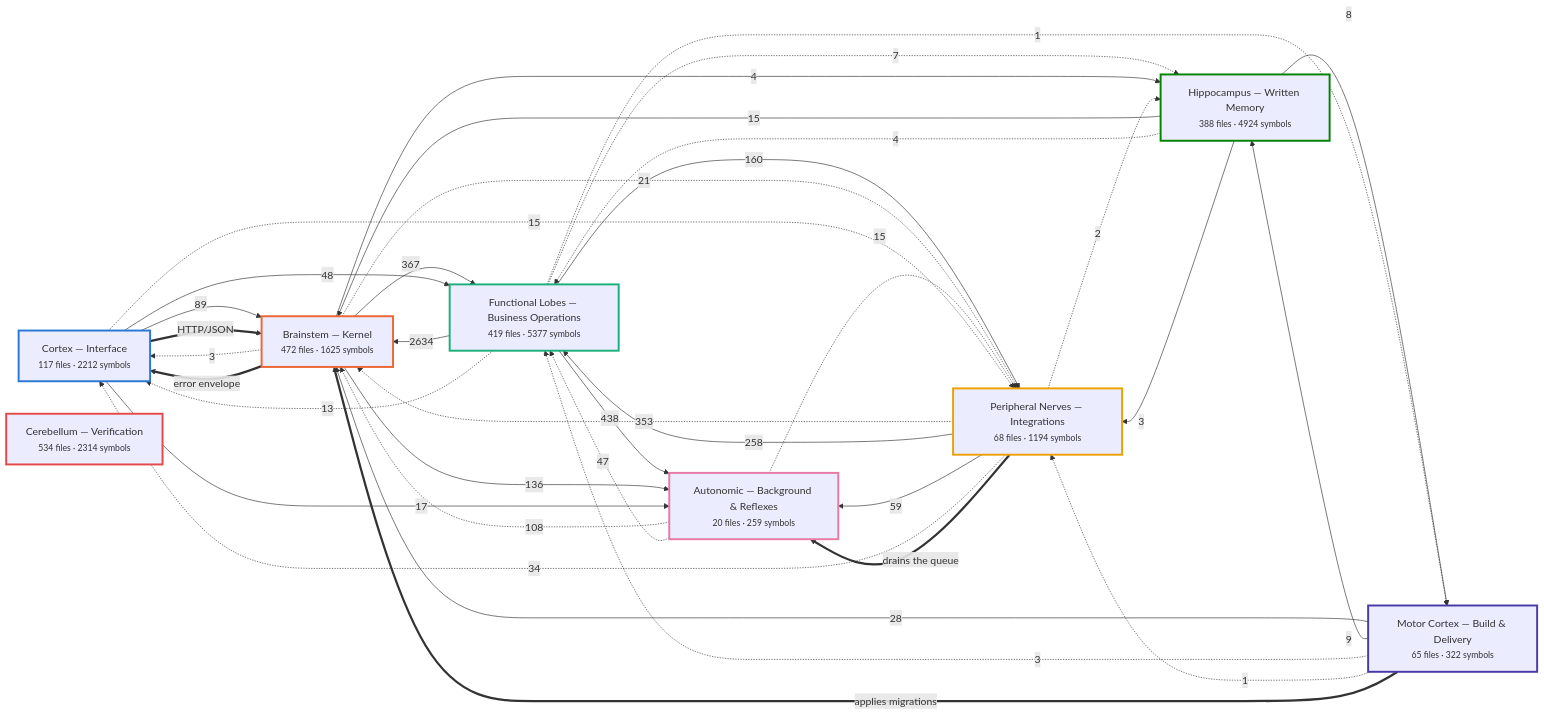
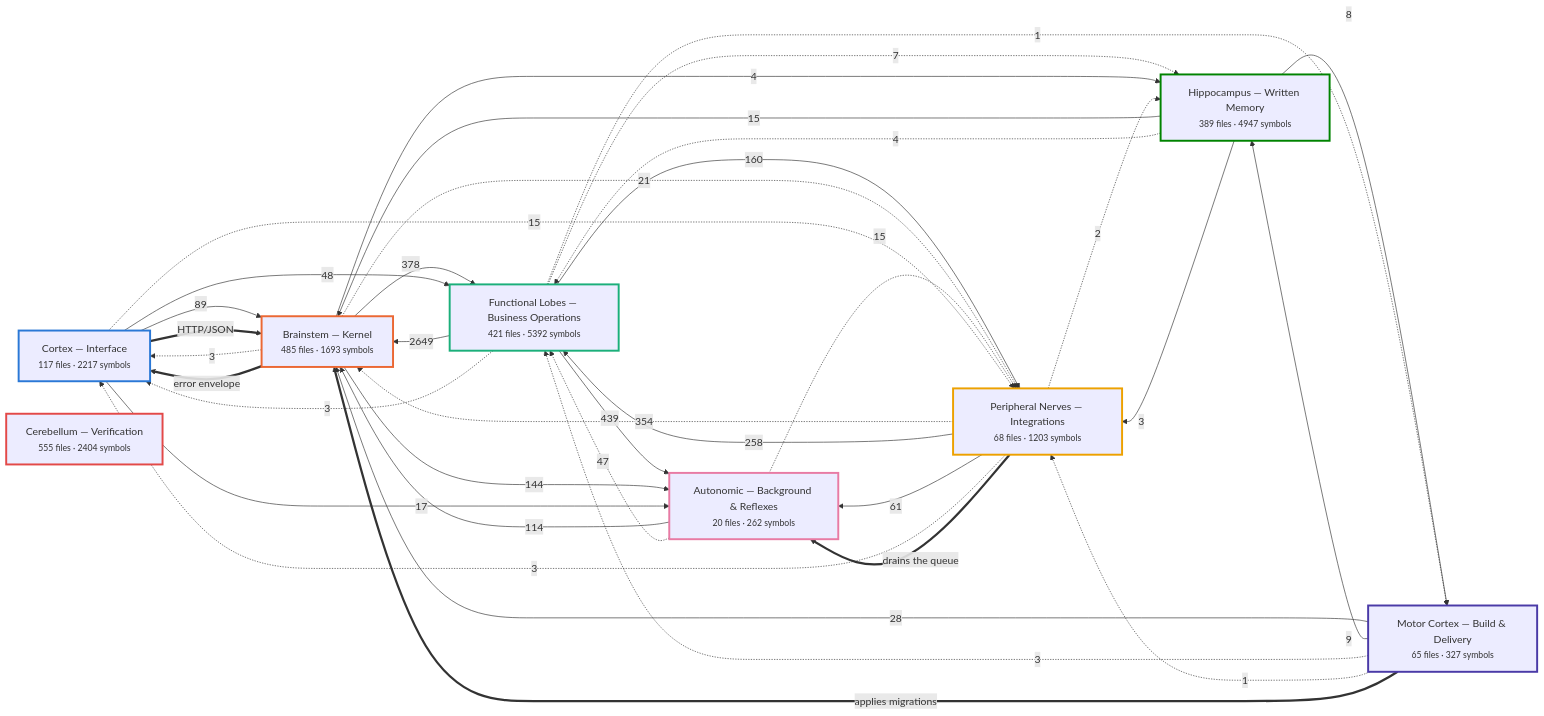
The first of 7 diagrams in docs/brain/BRAIN.md (Vishalnayak226/custom_erp), drawn with Mermaid before and after one commit. The commit also changed other lines of this file and 221 other files, not shown here.

````diff
--- a/docs/brain/BRAIN.md
+++ b/docs/brain/BRAIN.md
@@ -35,62 +35,62 @@
 ```mermaid
 flowchart LR
-  n_cortex["Cortex — Interface<br/><small>117 files · 2212 symbols</small>"]
-  n_brainstem["Brainstem — Kernel<br/><small>472 files · 1625 symbols</small>"]
-  n_business["Functional Lobes — Business Operations<br/><small>419 files · 5377 symbols</small>"]
-  n_peripheral["Peripheral Nerves — Integrations<br/><small>68 files · 1194 symbols</small>"]
-  n_autonomic["Autonomic — Background & Reflexes<br/><small>20 files · 259 symbols</small>"]
-  n_memory["Hippocampus — Written Memory<br/><small>388 files · 4924 symbols</small>"]
-  n_motor["Motor Cortex — Build & Delivery<br/><small>65 files · 322 symbols</small>"]
-  n_verification["Cerebellum — Verification<br/><small>534 files · 2314 symbols</small>"]
-  n_business -->|2634| n_brainstem
-  n_business -->|438| n_autonomic
-  n_brainstem -->|367| n_business
-  n_peripheral -.->|353| n_brainstem
+  n_cortex["Cortex — Interface<br/><small>117 files · 2217 symbols</small>"]
+  n_brainstem["Brainstem — Kernel<br/><small>485 files · 1693 symbols</small>"]
+  n_business["Functional Lobes — Business Operations<br/><small>421 files · 5392 symbols</small>"]
+  n_peripheral["Peripheral Nerves — Integrations<br/><small>68 files · 1203 symbols</small>"]
+  n_autonomic["Autonomic — Background & Reflexes<br/><small>20 files · 262 symbols</small>"]
+  n_memory["Hippocampus — Written Memory<br/><small>389 files · 4947 symbols</small>"]
+  n_motor["Motor Cortex — Build & Delivery<br/><small>65 files · 327 symbols</small>"]
+  n_verification["Cerebellum — Verification<br/><small>555 files · 2404 symbols</small>"]
+  n_business -->|2649| n_brainstem
+  n_business -->|439| n_autonomic
+  n_brainstem -->|378| n_business
+  n_peripheral -.->|354| n_brainstem
   n_peripheral -->|258| n_business
   n_business -->|160| n_peripheral
-  n_brainstem -->|136| n_autonomic
-  n_autonomic -.->|108| n_brainstem
+  n_brainstem -->|144| n_autonomic
+  n_autonomic -->|114| n_brainstem
   n_cortex -->|89| n_brainstem
-  n_peripheral -->|59| n_autonomic
+  n_peripheral -->|61| n_autonomic
   n_cortex -->|48| n_business
   n_autonomic -.->|47| n_business
-  n_peripheral -.->|34| n_cortex
   n_motor -->|28| n_brainstem
   n_brainstem -.->|21| n_peripheral
   n_cortex -->|17| n_autonomic
   n_autonomic -.->|15| n_peripheral
   n_cortex -.->|15| n_peripheral
   n_memory -->|15| n_brainstem
-  n_business -.->|13| n_cortex
   n_motor -->|9| n_memory
   n_memory -->|8| n_motor
   n_business -.->|7| n_memory
   n_brainstem -->|4| n_memory
   n_memory -.->|4| n_business
   n_brainstem -.->|3| n_cortex
+  n_business -.->|3| n_cortex
   n_memory -->|3| n_peripheral
   n_motor -.->|3| n_business
+  n_peripheral -.->|3| n_cortex
   n_peripheral -.->|2| n_memory
   n_business -.->|1| n_motor
   n_motor -.->|1| n_peripheral
   n_brainstem ==>|error envelope| n_cortex
   n_cortex ==>|HTTP/JSON| n_brainstem
   n_motor ==>|applies migrations| n_brainstem
   n_peripheral ==>|drains the queue| n_autonomic
   classDef n_cortex stroke:#2a78d6,stroke-width:3px;
   class n_cortex n_cortex;
   classDef n_brainstem stroke:#eb6834,stroke-width:3px;
   class n_brainstem n_brainstem;
   classDef n_business stroke:#1baf7a,stroke-width:3px;
   class n_business n_business;
   classDef n_peripheral stroke:#eda100,stroke-width:3px;
   class n_peripheral n_peripheral;
   classDef n_autonomic stroke:#e87ba4,stroke-width:3px;
   class n_autonomic n_autonomic;
   classDef n_memory stroke:#008300,stroke-width:3px;
   class n_memory n_memory;
   classDef n_motor stroke:#4a3aa7,stroke-width:3px;
   class n_motor n_motor;
   classDef n_verification stroke:#e34948,stroke-width:3px;
   class n_verification n_verification;
 ```
````
